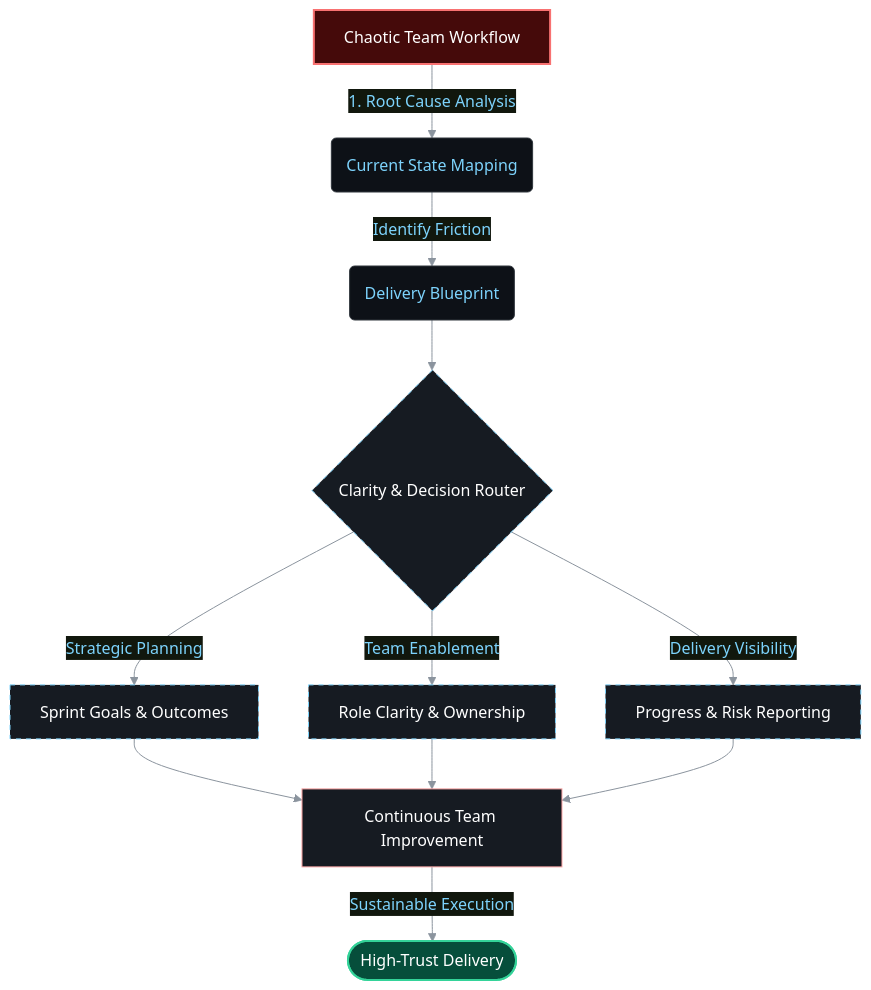
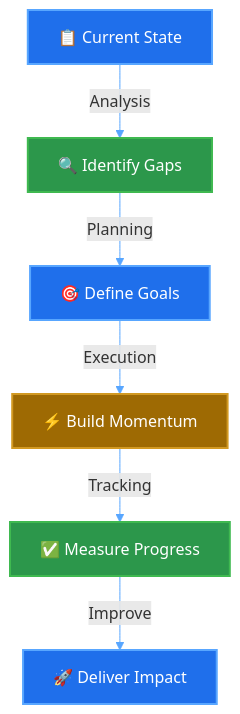
Before and after one commit to deveninception/deveninception: the first of 3 diagrams in README.md, drawn with Mermaid. The commit also changed other lines of this file, not shown here.

Commit message:
fix: replace gitGraph with clean visibility table for delivery reporting

````diff
--- a/README.md
+++ b/README.md
@@ -56,22 +22,16 @@
 ```mermaid
-%%{init: {'theme': 'base', 'themeVariables': { 'primaryColor': '#0d1117', 'primaryTextColor': '#7dd3fc', 'primaryBorderColor': '#30363d', 'lineColor': '#8b949e', 'fontFamily': 'monospace'}}}%%
+%%{init: {'theme': 'default', 'themeVariables': { 'primaryColor': '#1f6feb', 'primaryTextColor': '#ffffff', 'primaryBorderColor': '#0d47a1', 'lineColor': '#58a6ff', 'secondBkgColor': '#0d1117', 'tertiaryTextColor': '#ffffff'}, 'flowchart': {'useMaxWidth': true, 'htmlLabels': true}}}%%
 graph TD
-    classDef critical fill:#450a0a,stroke:#f87171,stroke-width:2px,color:#fff;
-    classDef success fill:#064e3b,stroke:#34d399,stroke-width:2px,color:#fff;
-    classDef process fill:#161b22,stroke:#7dd3fc,stroke-width:1px,color:#fff,stroke-dasharray: 5 5;
-    classDef guard fill:#161b22,stroke:#fca5a5,stroke-width:1px,color:#fff;
-
-    A[Chaotic Team Workflow]:::critical -->|1. Root Cause Analysis| B(Current State Mapping)
-    B -->|Identify Friction| C(Delivery Blueprint)
+    A["📋 Current State"] -->|Analysis| B["🔍 Identify Gaps"]
+    B -->|Planning| C["🎯 Define Goals"]
+    C -->|Execution| D["⚡ Build Momentum"]
+    D -->|Tracking| E["✅ Measure Progress"]
+    E -->|Improve| F["🚀 Deliver Impact"]
     
-    C --> D{Clarity & Decision Router}:::process
-    D -->|Strategic Planning| E[Sprint Goals & Outcomes]:::process
-    D -->|Team Enablement| F[Role Clarity & Ownership]:::process
-    D -->|Delivery Visibility| G[Progress & Risk Reporting]:::process
-    
-    E --> H[Continuous Team Improvement]:::guard
-    F --> H
-    G --> H
-    
-    H -->|Sustainable Execution| I([High-Trust Delivery]):::success
+    style A fill:#1f6feb,stroke:#58a6ff,stroke-width:2px,color:#fff
+    style B fill:#2c974b,stroke:#3fb950,stroke-width:2px,color:#fff
+    style C fill:#1f6feb,stroke:#58a6ff,stroke-width:2px,color:#fff
+    style D fill:#9e6a03,stroke:#d29922,stroke-width:2px,color:#fff
+    style E fill:#2c974b,stroke:#3fb950,stroke-width:2px,color:#fff
+    style F fill:#1f6feb,stroke:#58a6ff,stroke-width:2px,color:#fff
 ```
````
